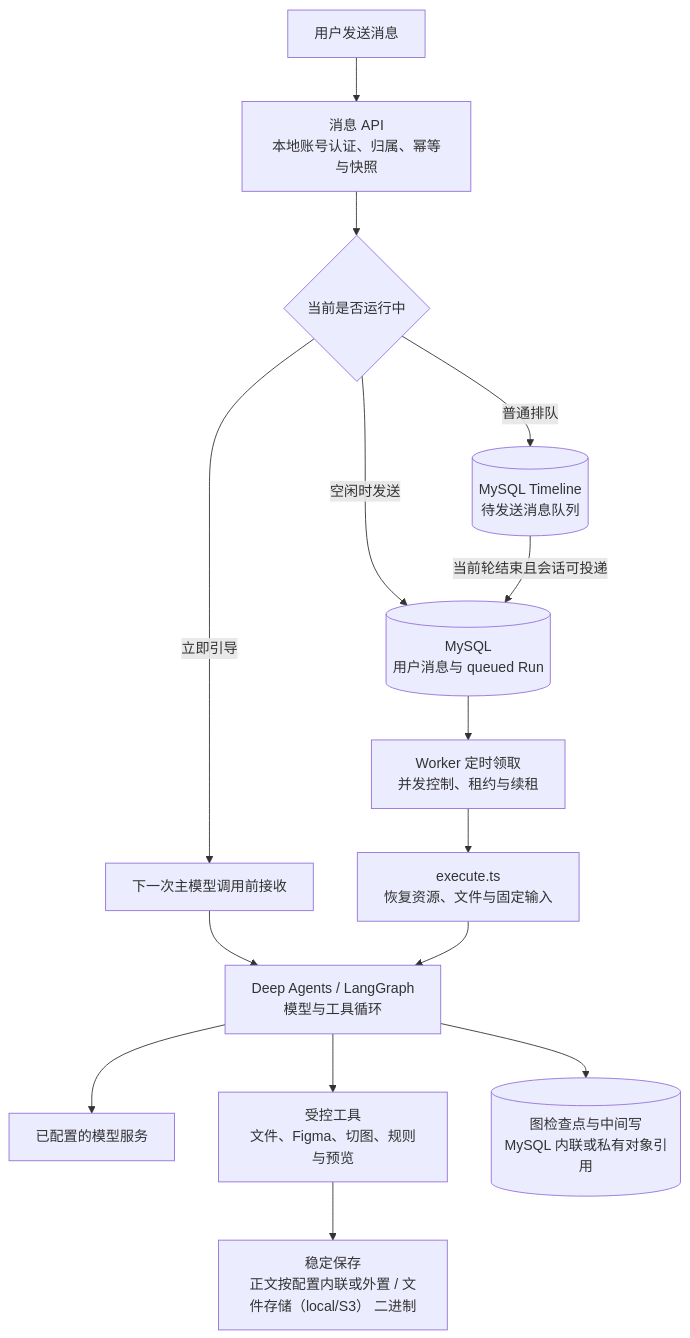
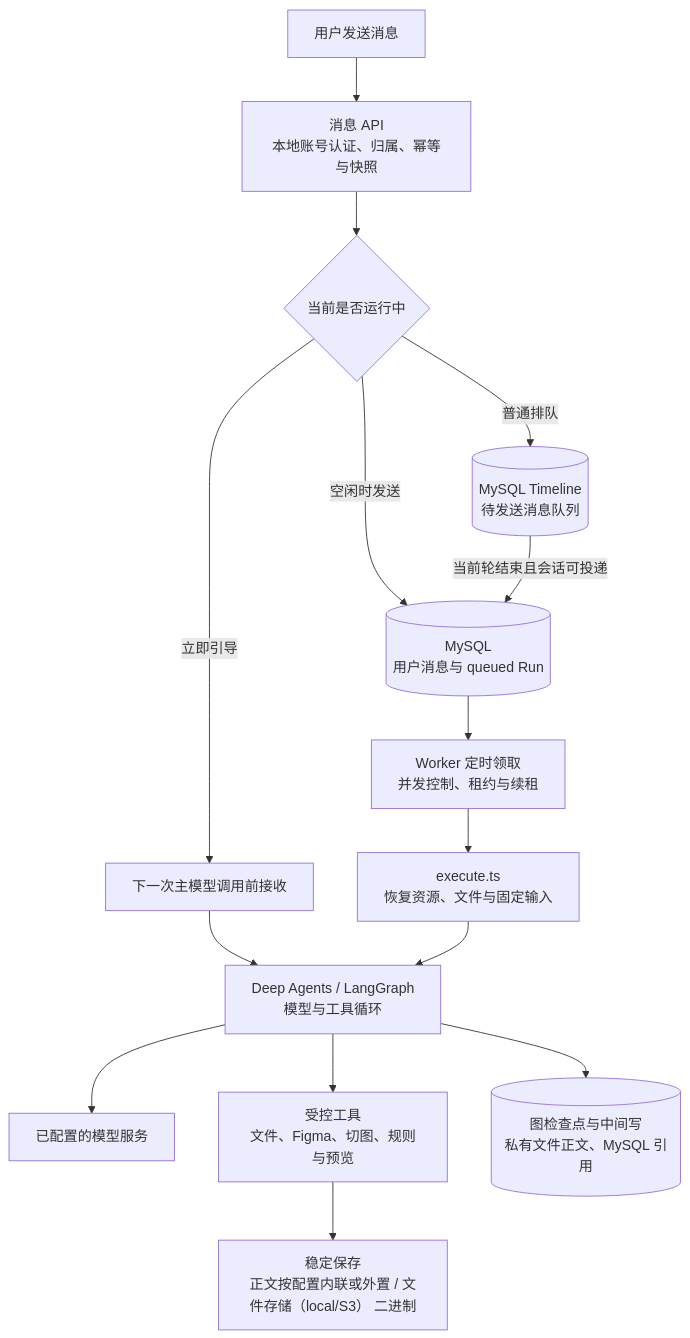
Before and after one commit to double-coding-lab/PixelPrintService: the second of 10 diagrams in docs/架构与流程图.md, drawn with Mermaid. The commit also changed other lines of this file and 4 other files, not shown here.

````diff
--- a/docs/架构与流程图.md
+++ b/docs/架构与流程图.md
@@ -27,17 +27,17 @@
 ```mermaid
 flowchart TB
   U["用户发送消息"] --> API["消息 API<br/>本地账号认证、归属、幂等与快照"]
   API --> MODE{"当前是否运行中"}
   MODE -->|"空闲时发送"| QUEUE[("MySQL<br/>用户消息与 queued Run")]
   MODE -->|"普通排队"| WAIT[("MySQL Timeline<br/>待发送消息队列")]
   WAIT -->|"当前轮结束且会话可投递"| QUEUE
   MODE -->|"立即引导"| GUIDE["下一次主模型调用前接收"]
   GUIDE --> G
   QUEUE --> W["Worker 定时领取<br/>并发控制、租约与续租"]
   W --> E["execute.ts<br/>恢复资源、文件与固定输入"]
   E --> G["Deep Agents / LangGraph<br/>模型与工具循环"]
   G --> M["已配置的模型服务"]
   G --> T["受控工具<br/>文件、Figma、切图、规则与预览"]
   T --> P["稳定保存<br/>正文按配置内联或外置 / 文件存储（local/S3） 二进制"]
-  G --> CP[("图检查点与中间写<br/>MySQL 内联或私有对象引用")]
+  G --> CP[("图检查点与中间写<br/>私有文件正文、MySQL 引用")]
 ```
````
